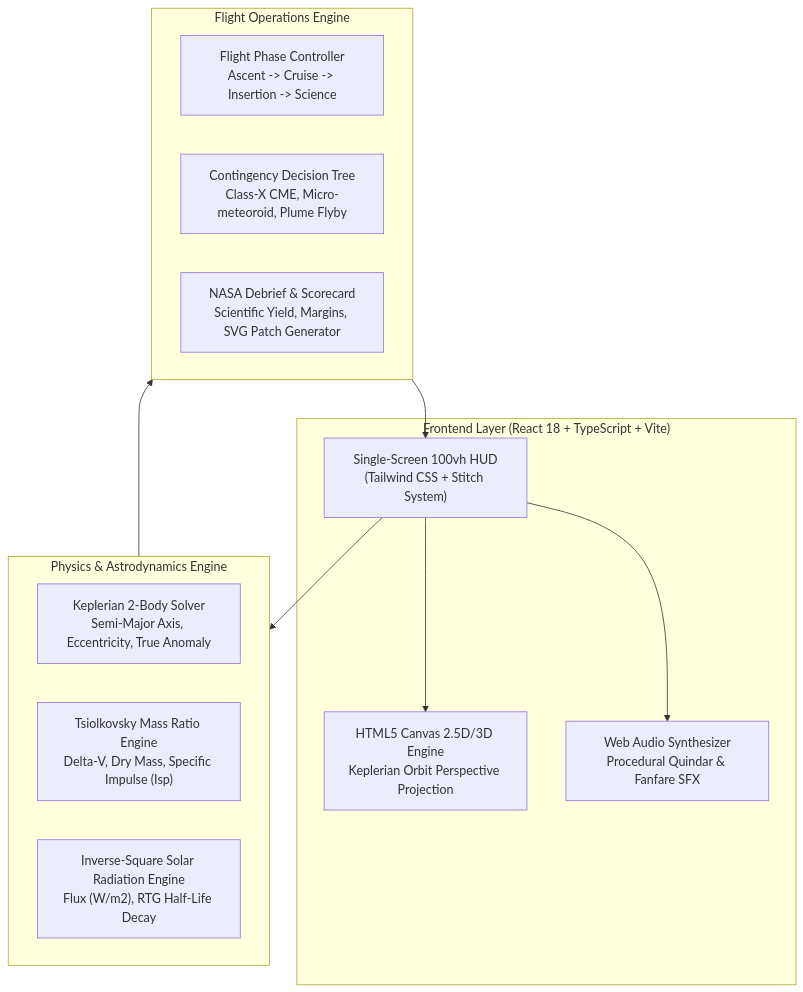
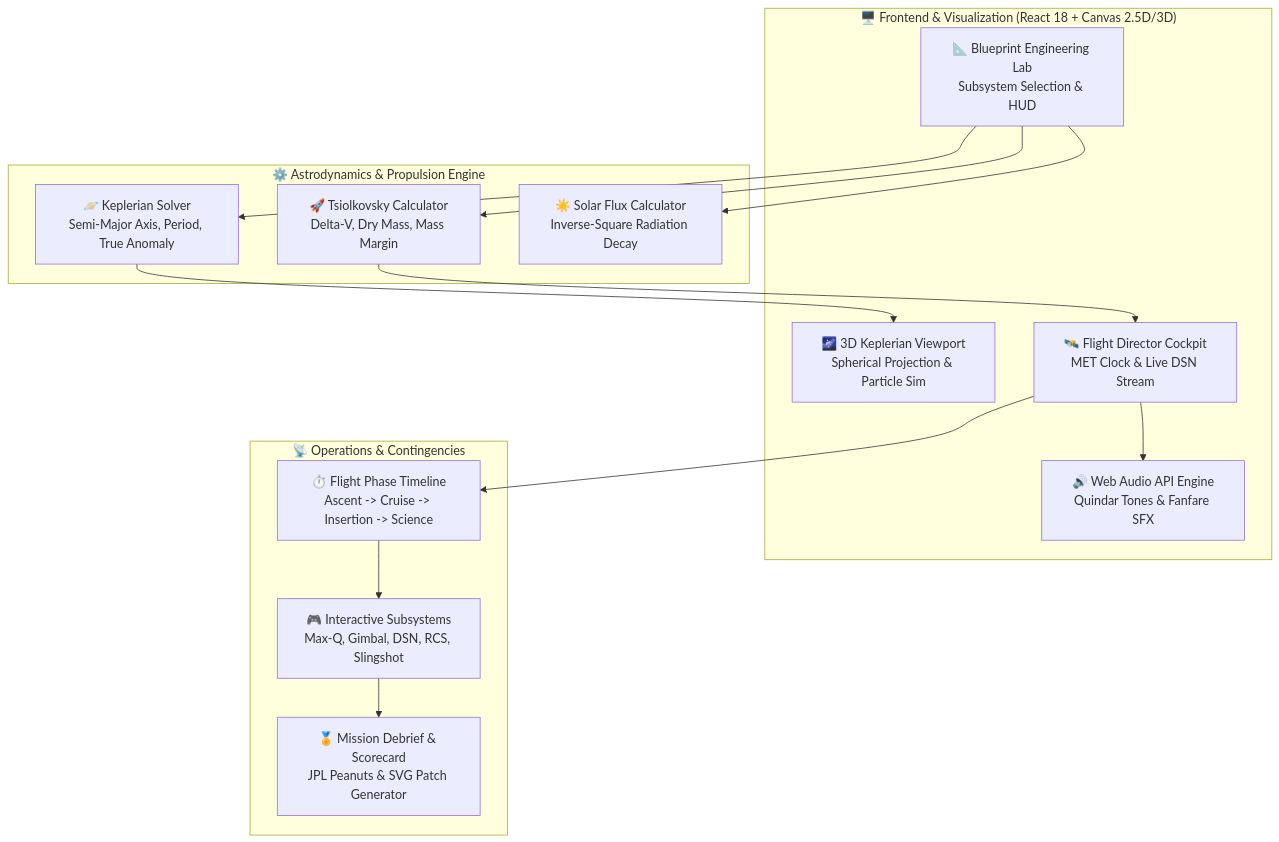
Before and after one commit to barnabas47/Cosmic-Trade-off: the diagram in README.md, drawn with Mermaid. The commit also changed other lines of this file and 5 other files, not shown here.

````diff
--- a/README.md
+++ b/README.md
@@ -105,26 +86,29 @@
 ```mermaid
-graph TD
-    subgraph Frontend["Frontend Layer (React 18 + TypeScript + Vite)"]
-        UI["Single-Screen 100vh HUD<br/>(Tailwind CSS + Stitch System)"]
-        Canvas3D["HTML5 Canvas 2.5D/3D Engine<br/>Keplerian Orbit Perspective Projection"]
-        Audio["Web Audio Synthesizer<br/>Procedural Quindar & Fanfare SFX"]
+flowchart TD
+    subgraph UI_Layer["🖥️ Frontend & Visualization (React 18 + Canvas 2.5D/3D)"]
+        Lab["📐 Blueprint Engineering Lab<br/>Subsystem Selection & HUD"]
+        Canvas["🌌 3D Keplerian Viewport<br/>Spherical Projection & Particle Sim"]
+        Cockpit["🛰️ Flight Director Cockpit<br/>MET Clock & Live DSN Stream"]
+        Audio["🔊 Web Audio API Engine<br/>Quindar Tones & Fanfare SFX"]
     end
 
-    subgraph Physics["Physics & Astrodynamics Engine"]
-        Kepler["Keplerian 2-Body Solver<br/>Semi-Major Axis, Eccentricity, True Anomaly"]
-        Tsiolkovsky["Tsiolkovsky Mass Ratio Engine<br/>Delta-V, Dry Mass, Specific Impulse (Isp)"]
-        ThermalSolar["Inverse-Square Solar Radiation Engine<br/>Flux (W/m2), RTG Half-Life Decay"]
+    subgraph Physics_Layer["⚙️ Astrodynamics & Propulsion Engine"]
+        Kepler["🪐 Keplerian Solver<br/>Semi-Major Axis, Period, True Anomaly"]
+        Tsiolkovsky["🚀 Tsiolkovsky Calculator<br/>Delta-V, Dry Mass, Mass Margin"]
+        InverseSquare["☀️ Solar Flux Calculator<br/>Inverse-Square Radiation Decay"]
     end
 
-    subgraph Operations["Flight Operations Engine"]
-        Timeline["Flight Phase Controller<br/>Ascent -> Cruise -> Insertion -> Science"]
-        Anomalies["Contingency Decision Tree<br/>Class-X CME, Micro-meteoroid, Plume Flyby"]
-        Scorecard["NASA Debrief & Scorecard<br/>Scientific Yield, Margins, SVG Patch Generator"]
+    subgraph Operations_Layer["📡 Operations & Contingencies"]
+        Scheduler["⏱️ Flight Phase Timeline<br/>Ascent -> Cruise -> Insertion -> Science"]
+        Minigames["🎮 Interactive Subsystems<br/>Max-Q, Gimbal, DSN, RCS, Slingshot"]
+        Debrief["🏅 Mission Debrief & Scorecard<br/>JPL Peanuts & SVG Patch Generator"]
     end
 
-    UI --> Canvas3D
-    UI --> Audio
-    UI --> Physics
-    Physics --> Operations
-    Operations --> UI
+    Lab --> Kepler & Tsiolkovsky & InverseSquare
+    Kepler --> Canvas
+    Tsiolkovsky --> Cockpit
+    Cockpit --> Scheduler
+    Scheduler --> Minigames
+    Minigames --> Debrief
+    Cockpit --> Audio
 ```
````
